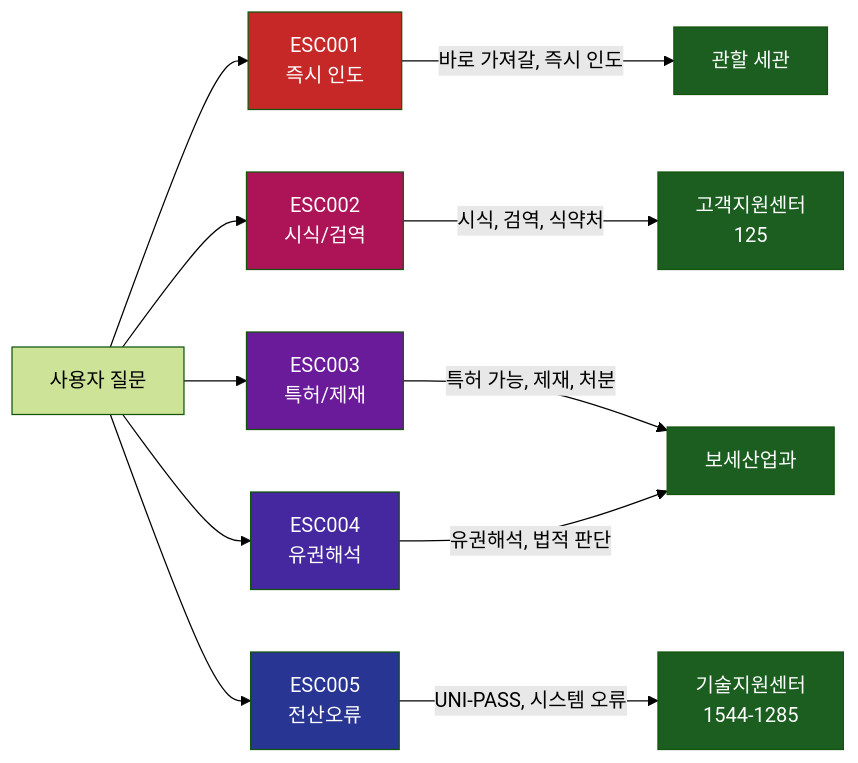
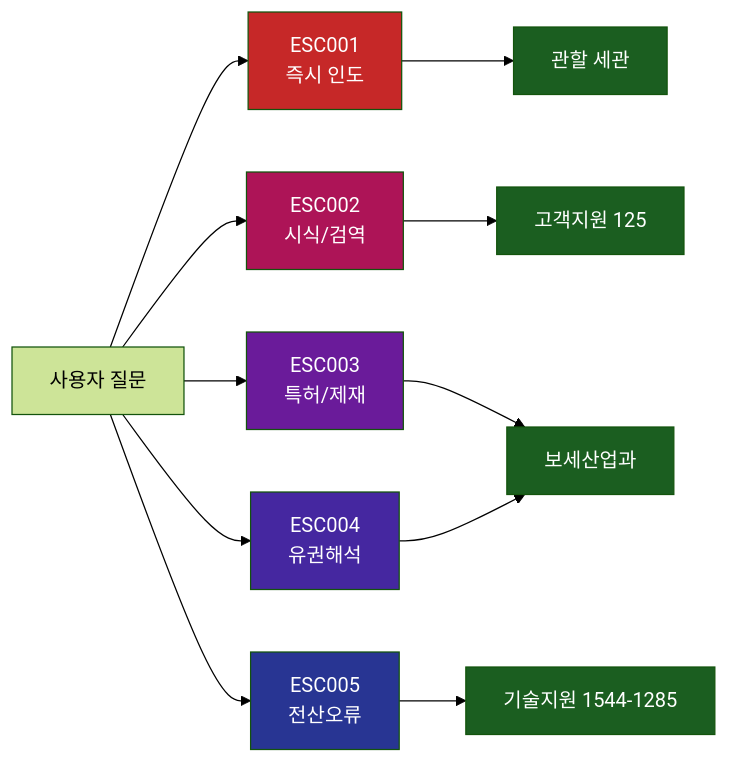
Before and after one commit to sun475300-sudo/bosebot: the fourth of 6 diagrams in README.md, drawn with Mermaid (forest theme). The commit also changed other lines of this file, not shown here.

````diff
--- a/README.md
+++ b/README.md
@@ -82,24 +105,24 @@
 ```mermaid
 flowchart LR
     Q["사용자 질문"] --> ESC001
     Q --> ESC002
     Q --> ESC003
     Q --> ESC004
     Q --> ESC005
 
-    ESC001["ESC001<br/>즉시 인도"] -->|"바로 가져갈, 즉시 인도"| T1["관할 세관"]
-    ESC002["ESC002<br/>시식/검역"] -->|"시식, 검역, 식약처"| T2["고객지원센터<br/>125"]
-    ESC003["ESC003<br/>특허/제재"] -->|"특허 가능, 제재, 처분"| T3["보세산업과"]
-    ESC004["ESC004<br/>유권해석"] -->|"유권해석, 법적 판단"| T3
-    ESC005["ESC005<br/>전산오류"] -->|"UNI-PASS, 시스템 오류"| T4["기술지원센터<br/>1544-1285"]
+    ESC001["ESC001<br/>즉시 인도"] --> T1["관할 세관"]
+    ESC002["ESC002<br/>시식/검역"] --> T2["고객지원 125"]
+    ESC003["ESC003<br/>특허/제재"] --> T3["보세산업과"]
+    ESC004["ESC004<br/>유권해석"] --> T3
+    ESC005["ESC005<br/>전산오류"] --> T4["기술지원 1544-1285"]
 
     style ESC001 fill:#C62828,color:#fff
     style ESC002 fill:#AD1457,color:#fff
     style ESC003 fill:#6A1B9A,color:#fff
     style ESC004 fill:#4527A0,color:#fff
     style ESC005 fill:#283593,color:#fff
     style T1 fill:#1B5E20,color:#fff
     style T2 fill:#1B5E20,color:#fff
     style T3 fill:#1B5E20,color:#fff
     style T4 fill:#1B5E20,color:#fff
 ```
````
